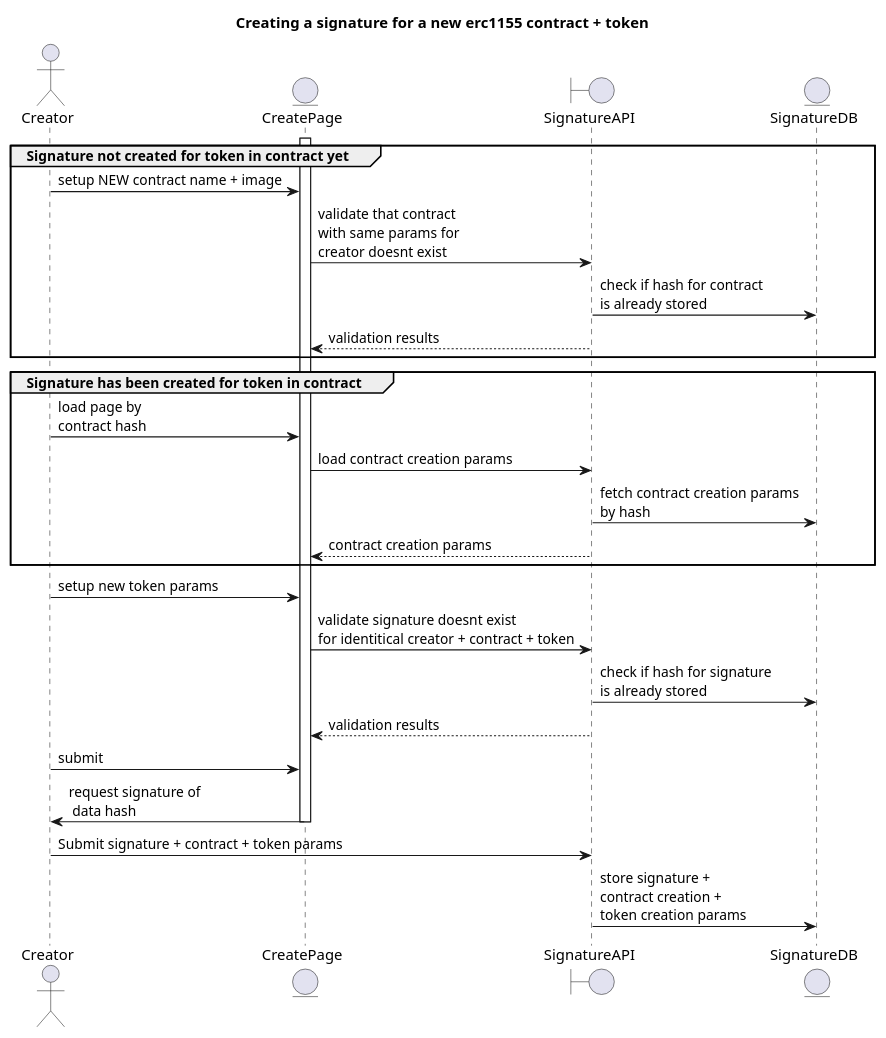
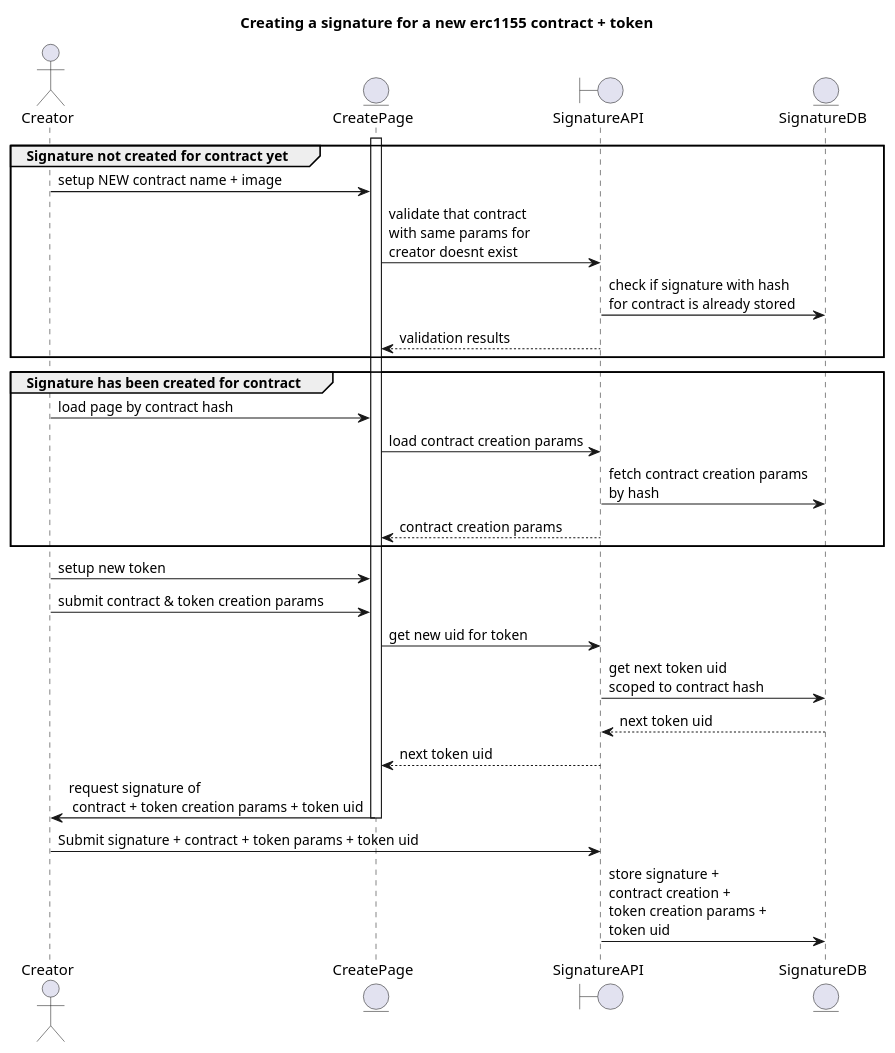
Before and after one commit to ourzora/zora-protocol: the diagram in uml/gasslessCreate-creation.puml, drawn with PlantUML. The commit also changed 1 other file, not shown here.

Commit message:
diagrams reflect uid now

```diff
--- a/uml/gasslessCreate-creation.puml
+++ b/uml/gasslessCreate-creation.puml
@@ -1,40 +1,41 @@
 @startuml
 
 title Creating a signature for a new erc1155 contract + token
 
 actor Creator
 entity CreatePage
 boundary SignatureAPI
 entity SignatureDB
 
 
-Group Signature not created for token in contract yet
+Group Signature not created for contract yet
   
   activate CreatePage
   Creator -> CreatePage: setup NEW contract name + image
   CreatePage -> SignatureAPI: validate that contract \nwith same params for\ncreator doesnt exist
-  SignatureAPI -> SignatureDB: check if hash for contract\nis already stored
+  SignatureAPI -> SignatureDB: check if signature with hash \nfor contract is already stored
   SignatureAPI --> CreatePage: validation results
 
 end
 
-Group Signature has been created for token in contract
+Group Signature has been created for contract
 
-  Creator -> CreatePage: load page by\ncontract hash
+  Creator -> CreatePage: load page by contract hash
   CreatePage -> SignatureAPI: load contract creation params
   SignatureAPI -> SignatureDB: fetch contract creation params\nby hash
   SignatureAPI --> CreatePage: contract creation params
 
 end
 
-Creator -> CreatePage: setup new token params
-CreatePage -> SignatureAPI: validate signature doesnt exist\nfor identitical creator + contract + token
-SignatureAPI -> SignatureDB: check if hash for signature\nis already stored
-SignatureAPI --> CreatePage: validation results
-Creator -> CreatePage: submit
-CreatePage -> Creator: request signature of\n data hash
+Creator -> CreatePage: setup new token
+Creator -> CreatePage: submit contract & token creation params
+CreatePage -> SignatureAPI: get new uid for token
+SignatureAPI -> SignatureDB: get next token uid\nscoped to contract hash
+SignatureDB --> SignatureAPI: next token uid
+SignatureAPI --> CreatePage: next token uid
+CreatePage -> Creator: request signature of\n contract + token creation params + token uid 
 deactivate CreatePage
-Creator -> SignatureAPI: Submit signature + contract + token params
-SignatureAPI -> SignatureDB: store signature + \ncontract creation + \ntoken creation params
+Creator -> SignatureAPI: Submit signature + contract + token params + token uid
+SignatureAPI -> SignatureDB: store signature + \ncontract creation + \ntoken creation params +\ntoken uid
 
 @enduml
```
